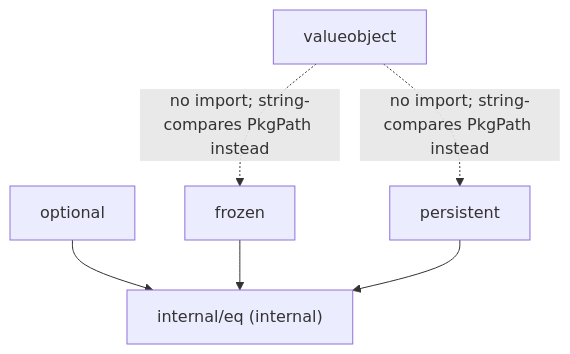
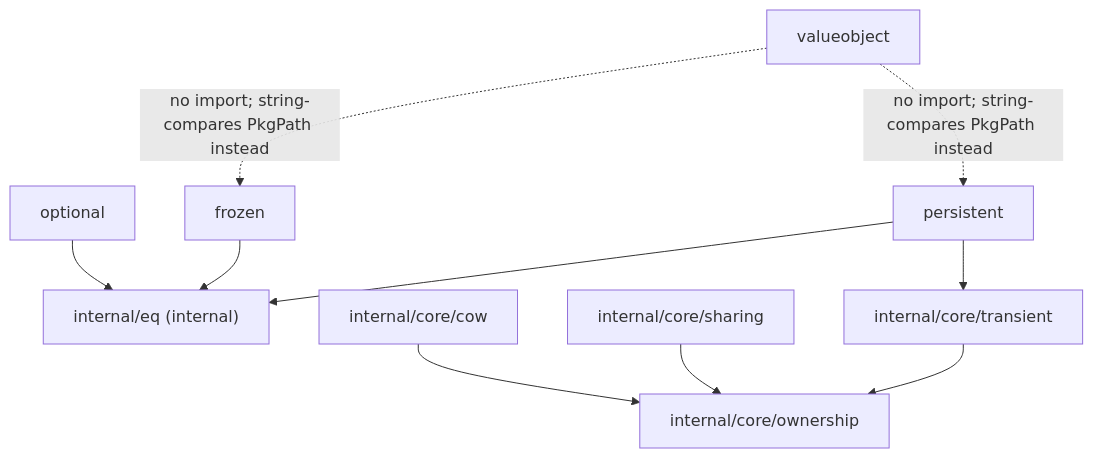
Before and after one commit to alvadorncorp/functional-go: the diagram in docs/overview.md, drawn with Mermaid. The commit also changed other lines of this file and 8 other files, not shown here.

````diff
--- a/docs/overview.md
+++ b/docs/overview.md
@@ -101,14 +127,22 @@
 ```mermaid
 flowchart TB
   optional[optional]
   frozen[frozen]
   persistent[persistent]
   valueobject[valueobject]
   eq["internal/eq (internal)"]
+  ownership["internal/core/ownership"]
+  cow["internal/core/cow"]
+  sharing["internal/core/sharing"]
+  transient["internal/core/transient"]
 
   optional --> eq
   frozen --> eq
   persistent --> eq
+  persistent --> transient
+  cow --> ownership
+  sharing --> ownership
+  transient --> ownership
   valueobject -.->|no import; string-compares PkgPath instead| frozen
   valueobject -.->|no import; string-compares PkgPath instead| persistent
 ```
````
